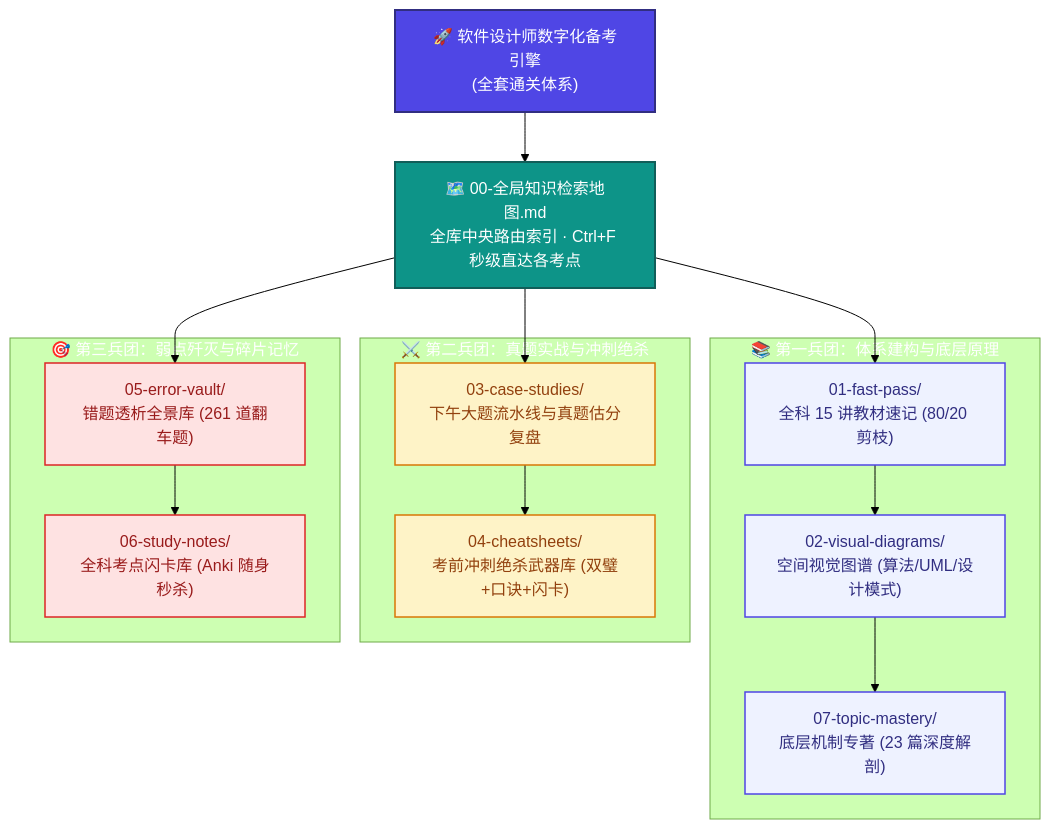
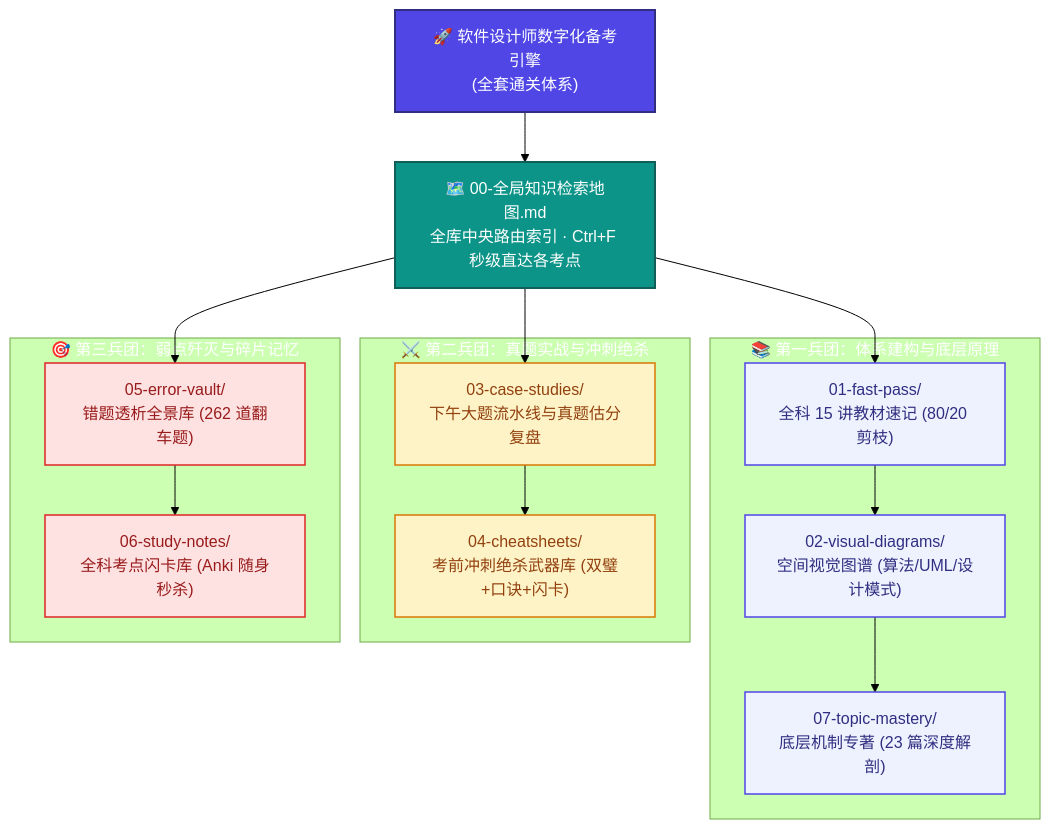
The diagram in README.md (cpsa3/software-designer-fast-pass), drawn with Mermaid (forest theme) before and after one commit. The commit also changed other lines of this file and 2 other files, not shown here.

Commit message:
docs(error-vault): 归档错题262(基本有序数组直接插入排序选型及最好情况O(n)时间复杂度)

````diff
--- a/README.md
+++ b/README.md
@@ -70,36 +70,36 @@
 ```mermaid
 flowchart TD
     classDef root fill:#4F46E5,stroke:#312E81,stroke-width:2px,color:#fff
     classDef hub fill:#0D9488,stroke:#115E59,stroke-width:2px,color:#fff
     classDef base fill:#EEF2FF,stroke:#4F46E5,stroke-width:1.5px,color:#312E81
     classDef exam fill:#FEF3C7,stroke:#D97706,stroke-width:1.5px,color:#92400E
     classDef vault fill:#FEE2E2,stroke:#DC2626,stroke-width:1.5px,color:#991B1B
 
     Root["🚀 软件设计师数字化备考引擎<br>(全套通关体系)"]:::root
     Map["🗺️ 00-全局知识检索地图.md<br>全库中央路由索引 · Ctrl+F 秒级直达各考点"]:::hub
 
     Root --> Map
 
     subgraph G1["📚 第一兵团：体系建构与底层原理"]
         M1["01-fast-pass/<br>全科 15 讲教材速记 (80/20 剪枝)"]:::base
         M2["02-visual-diagrams/<br>空间视觉图谱 (算法/UML/设计模式)"]:::base
         M7["07-topic-mastery/<br>底层机制专著 (23 篇深度解剖)"]:::base
         M1 --> M2 --> M7
     end
 
     subgraph G2["⚔️ 第二兵团：真题实战与冲刺绝杀"]
         M3["03-case-studies/<br>下午大题流水线与真题估分复盘"]:::exam
         M4["04-cheatsheets/<br>考前冲刺绝杀武器库 (双璧+口诀+闪卡)"]:::exam
         M3 --> M4
     end
 
     subgraph G3["🎯 第三兵团：弱点歼灭与碎片记忆"]
-        M5["05-error-vault/<br>错题透析全景库 (261 道翻车题)"]:::vault
+        M5["05-error-vault/<br>错题透析全景库 (262 道翻车题)"]:::vault
         M6["06-study-notes/<br>全科考点闪卡库 (Anki 随身秒杀)"]:::vault
         M5 --> M6
     end
 
     Map --> M1
     Map --> M3
     Map --> M5
 ```
````
